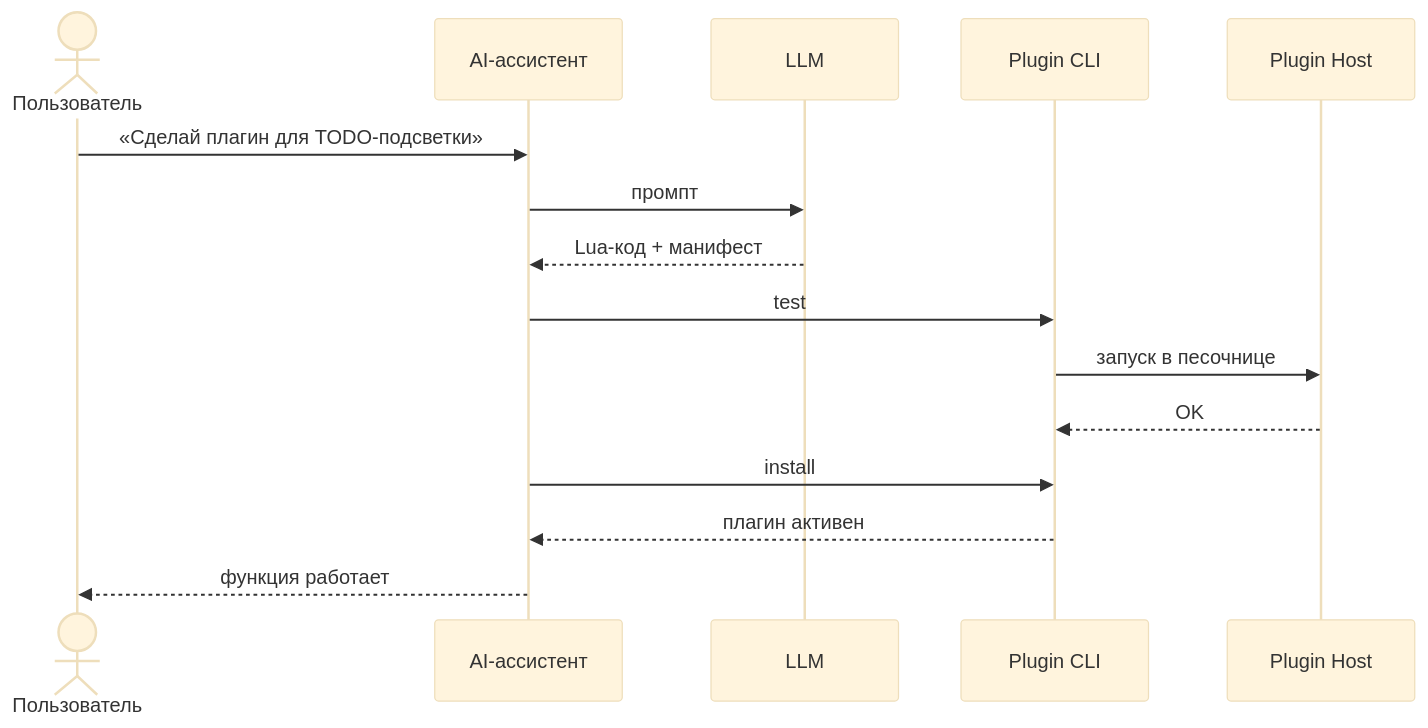
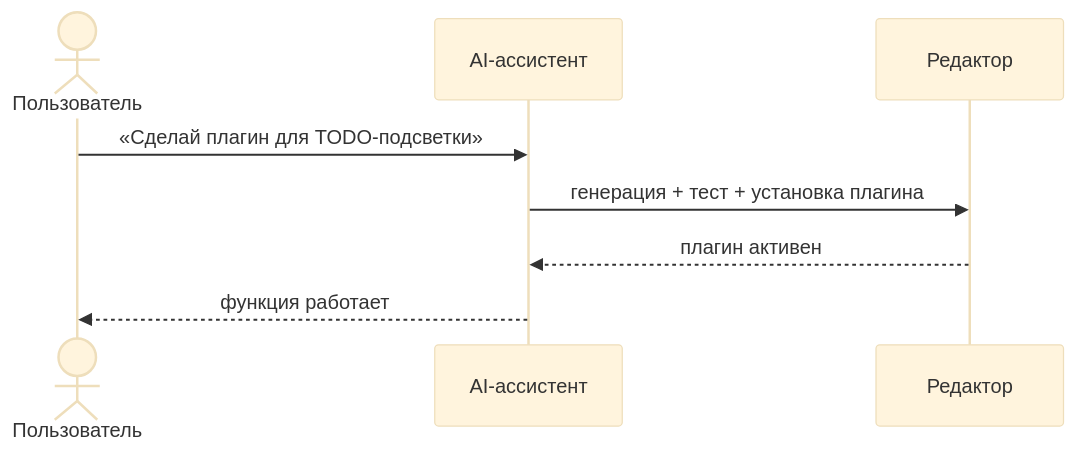
Before and after one commit to Demonss11/darmark: the diagram in README.md, drawn with Mermaid (base theme). The commit also changed other lines of this file and 34 other files, not shown here.

````diff
--- a/README.md
+++ b/README.md
@@ -23,18 +14,11 @@
 ```mermaid
 sequenceDiagram
     actor User as Пользователь
     participant AI as AI-ассистент
-    participant LLM as LLM
-    participant CLI as Plugin CLI
-    participant Host as Plugin Host
+    participant Host as Редактор
 
     User->>AI: «Сделай плагин для TODO-подсветки»
-    AI->>LLM: промпт
-    LLM-->>AI: Lua-код + манифест
-    AI->>CLI: test
-    CLI->>Host: запуск в песочнице
-    Host-->>CLI: OK
-    AI->>CLI: install
-    CLI-->>AI: плагин активен
+    AI->>Host: генерация + тест + установка плагина
+    Host-->>AI: плагин активен
     AI-->>User: функция работает
 ```
````
